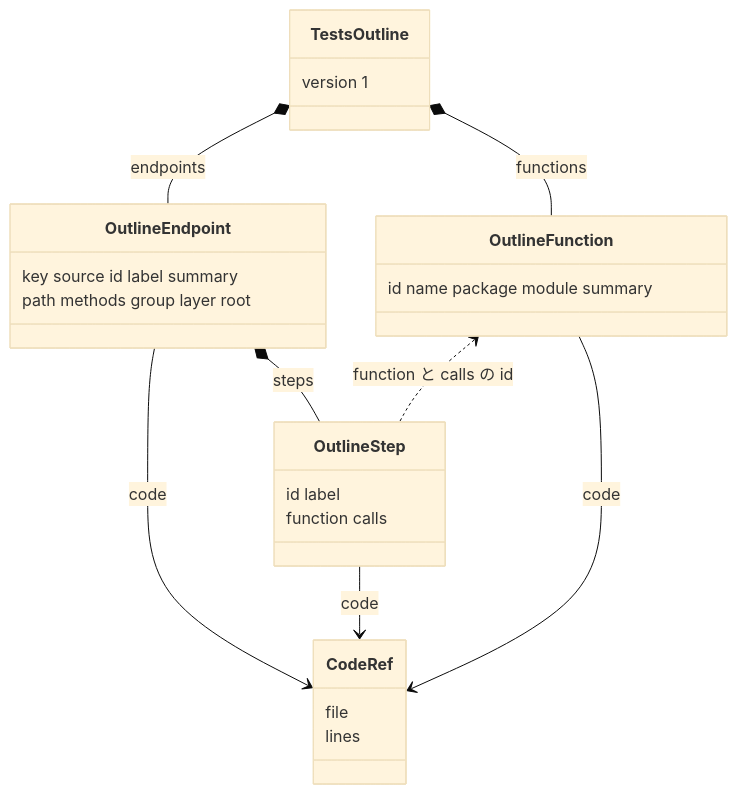
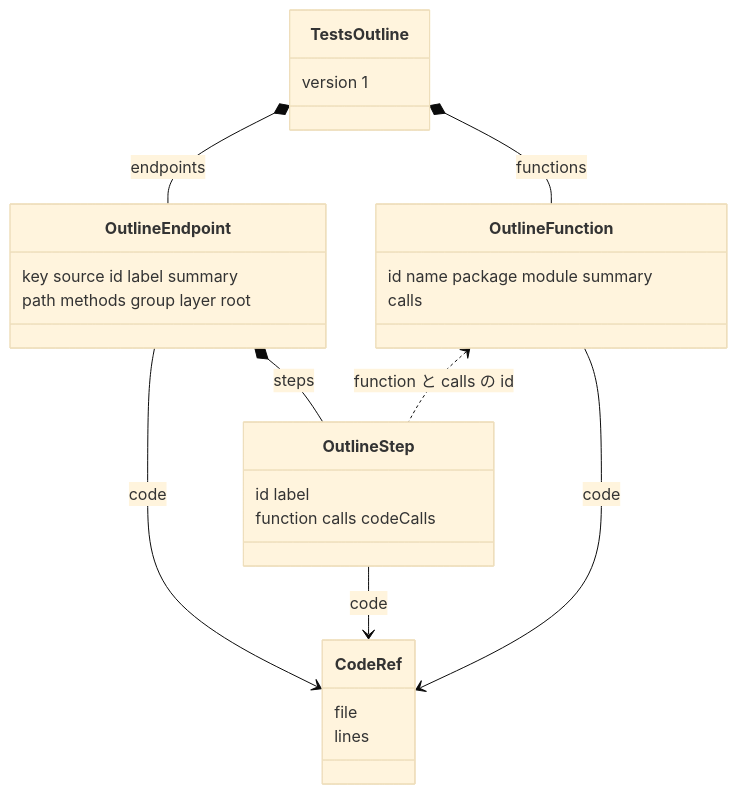
Before and after one commit to maronnjapan/maronn-openid-connect: diagram 16 of 22 in apps/tests/docs/05-data.md, drawn with Mermaid (base theme). The commit also changed other lines of this file and 10 other files, not shown here.

Commit message:
feat(tests): browse called function definitions from target code

````diff
--- a/apps/tests/docs/05-data.md
+++ b/apps/tests/docs/05-data.md
@@ -637,29 +637,30 @@
 ```mermaid
 classDiagram
   direction TB
   class TestsOutline {
     version 1
   }
   class OutlineEndpoint {
     key source id label summary
     path methods group layer root
   }
   class OutlineFunction {
     id name package module summary
+    calls
   }
   class OutlineStep {
     id label
-    function calls
+    function calls codeCalls
   }
   class CodeRef {
     file
     lines
   }
   TestsOutline *-- OutlineEndpoint : endpoints
   TestsOutline *-- OutlineFunction : functions
   OutlineEndpoint *-- OutlineStep : steps
   OutlineFunction <.. OutlineStep : function と calls の id
   OutlineEndpoint --> CodeRef : code
   OutlineStep --> CodeRef : code
   OutlineFunction --> CodeRef : code
 ```
````
